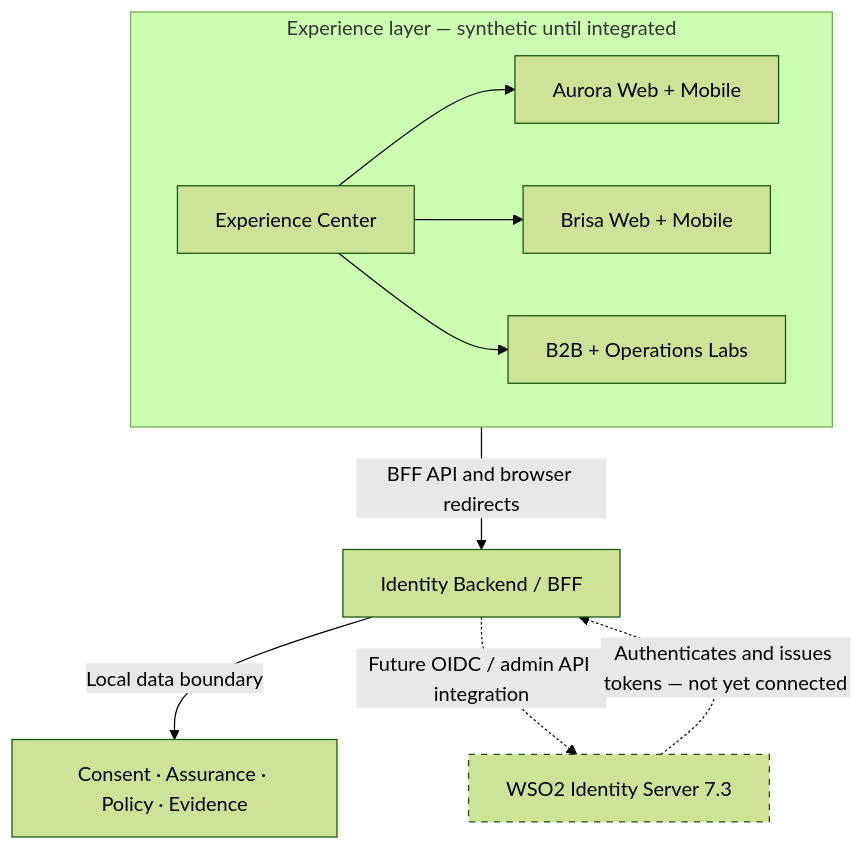
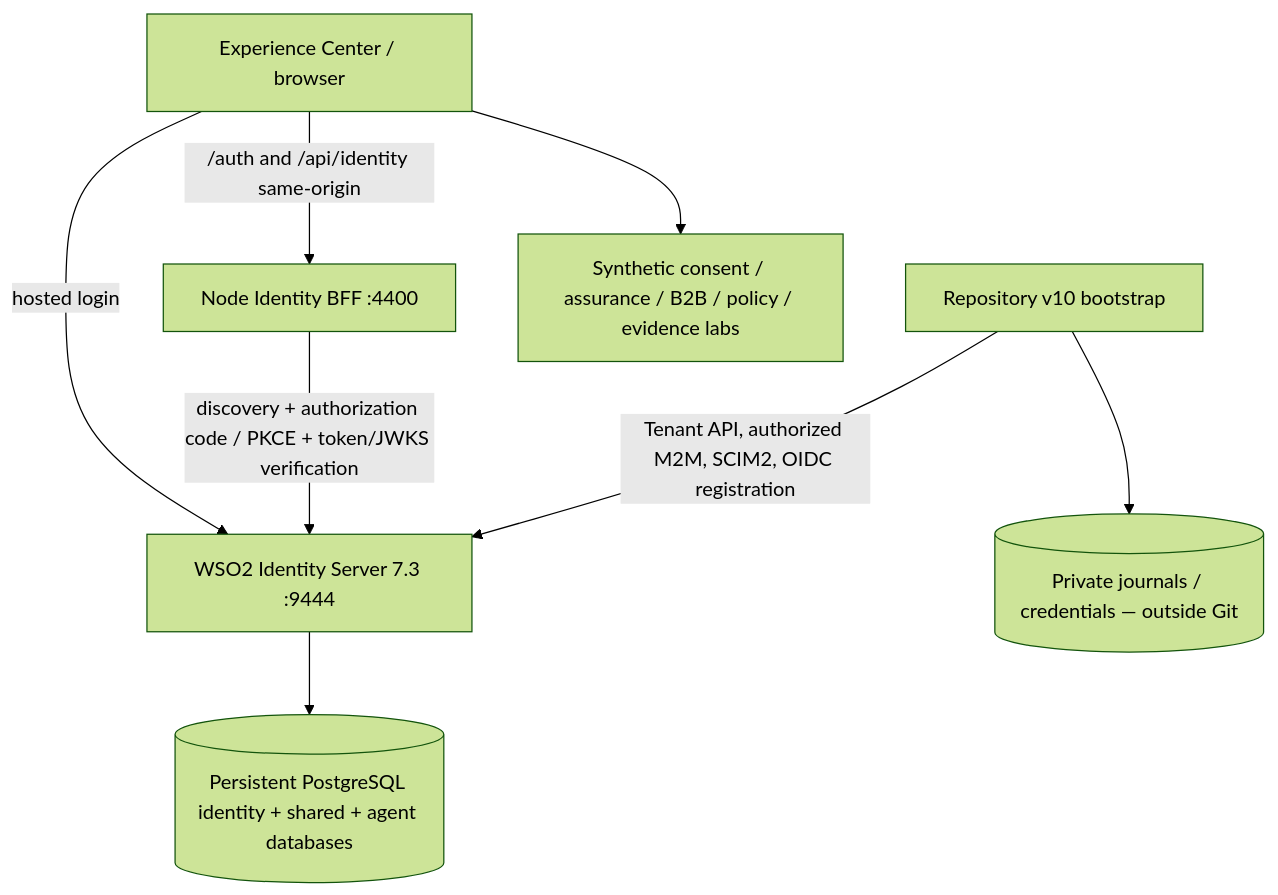
Before and after one commit to joaokuntzwso2/identity-poc-repository: the diagram in README.md, drawn with Mermaid (forest theme). The commit also changed other lines of this file and 5 other files, not shown here.

Commit message:
Document WSO2 CIAM v10 architecture and acceptance

````diff
--- a/README.md
+++ b/README.md
@@ -15,13 +17,10 @@
 ```mermaid
 flowchart TB
-  subgraph UX[Experience layer — synthetic until integrated]
-    C[Experience Center] --> A[Aurora Web + Mobile]
-    C --> B[Brisa Web + Mobile]
-    C --> O[B2B + Operations Labs]
-  end
-  UX -->|BFF API and browser redirects| F[Identity Backend / BFF]
-  F -->|Local data boundary| X[Consent · Assurance · Policy · Evidence]
-  F -.->|Future OIDC / admin API integration| I[WSO2 Identity Server 7.3]
-  I -.->|Authenticates and issues tokens — not yet connected| F
-  style I stroke-dasharray:5 5
+    UI[Experience Center / browser] -->|/auth and /api/identity same-origin| BFF[Node Identity BFF :4400]
+    UI -->|hosted login| WSO2[WSO2 Identity Server 7.3 :9444]
+    BFF -->|discovery + authorization code / PKCE + token/JWKS verification| WSO2
+    WSO2 --> PG[(Persistent PostgreSQL identity + shared + agent databases)]
+    Bootstrap[Repository v10 bootstrap] -->|Tenant API, authorized M2M, SCIM2, OIDC registration| WSO2
+    Bootstrap --> Secrets[(Private journals / credentials — outside Git)]
+    UI --> Extension[Synthetic consent / assurance / B2B / policy / evidence labs]
 ```
````
